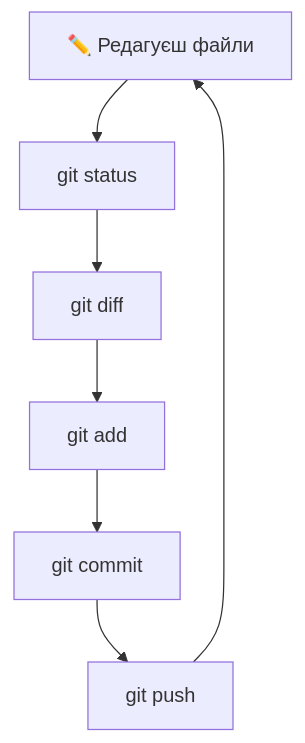
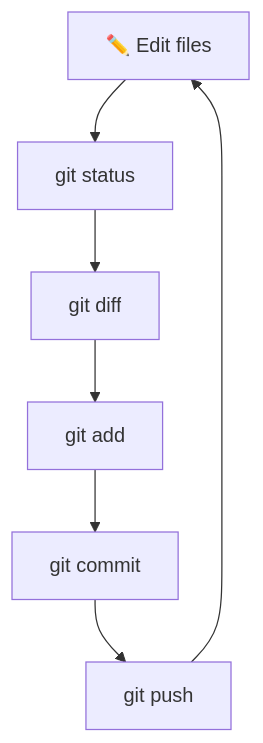
The third of 14 diagrams in git_commands.md (andriyevski/python-learning-portfolio), drawn with Mermaid before and after one commit. The commit also changed other lines of this file and 3 other files, not shown here.

````diff
--- a/git_commands.md
+++ b/git_commands.md
@@ -169,9 +169,9 @@
 ```mermaid
 graph TD
-    A["✏️ Редагуєш файли"] --> B["git status"]
+    A["✏️ Edit files"] --> B["git status"]
     B --> C["git diff"]
     C --> D["git add"]
     D --> E["git commit"]
     E --> F["git push"]
     F --> A
 ```
````
